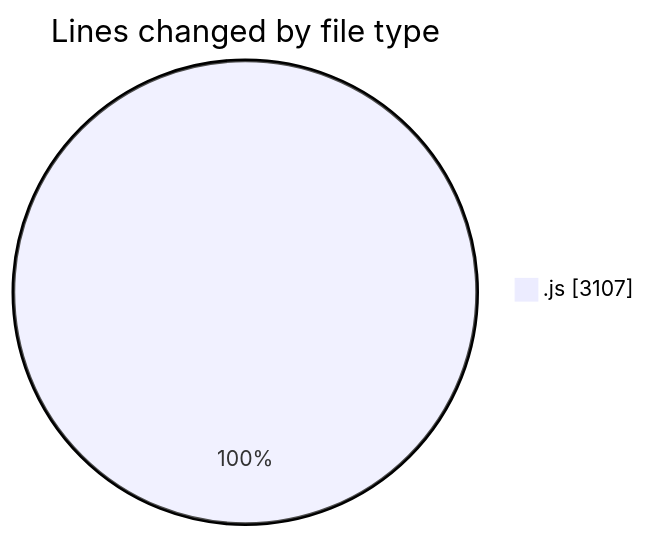
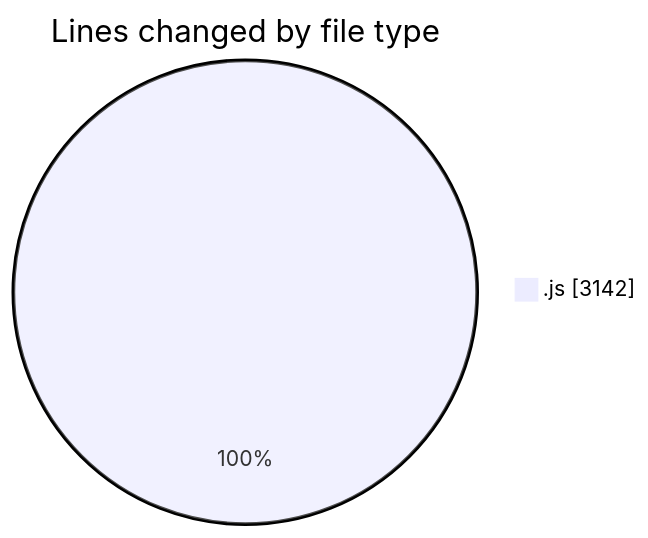
One commit to nxtqubesakshisongat/code-tracking changed the first of 2 diagrams in 2025-09-08/cashcalculator/README.md. Above: the diagram before and after it, drawn with Mermaid. The commit also changed other lines of this file and 1 other file, not shown here.

````diff
--- a/2025-09-08/cashcalculator/README.md
+++ b/2025-09-08/cashcalculator/README.md
@@ -20,5 +20,5 @@
 ```mermaid
 pie showData
 title Lines changed by file type
-".js" : 3107
+".js" : 3142
 ```
````
